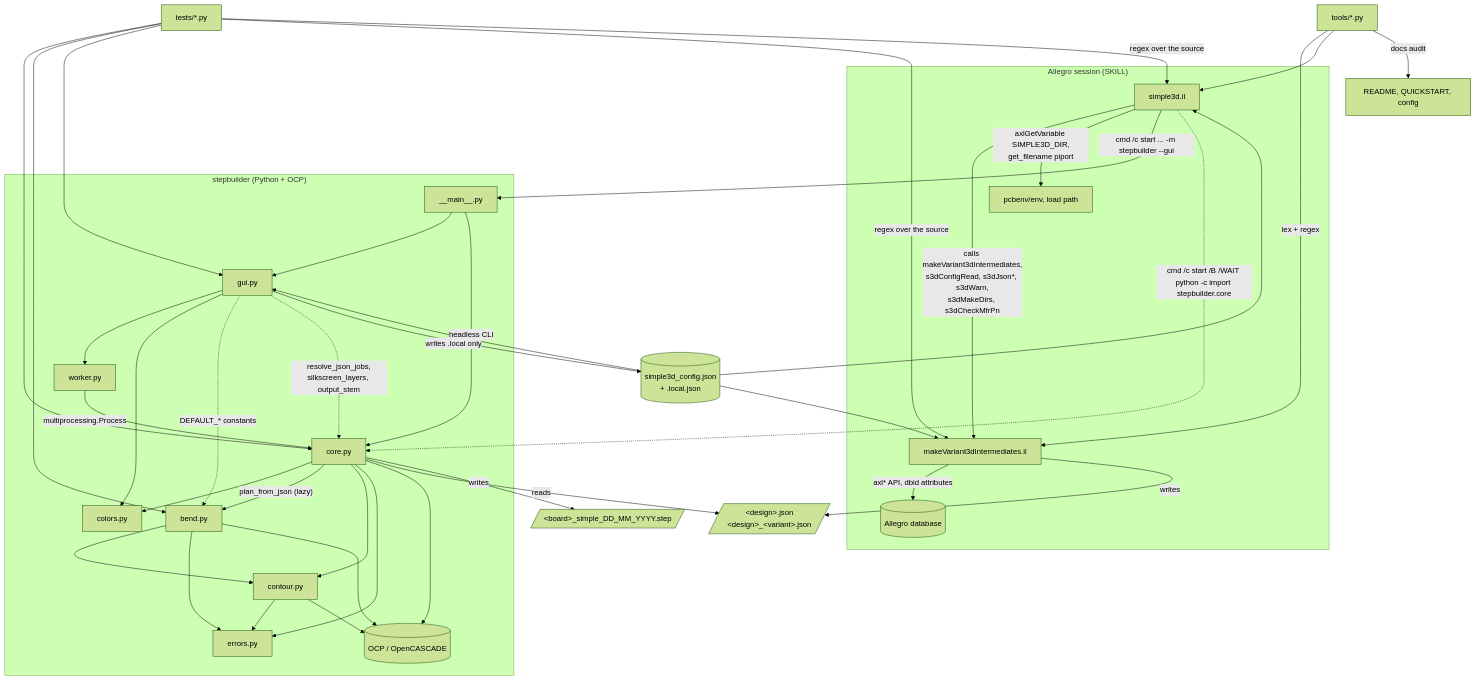
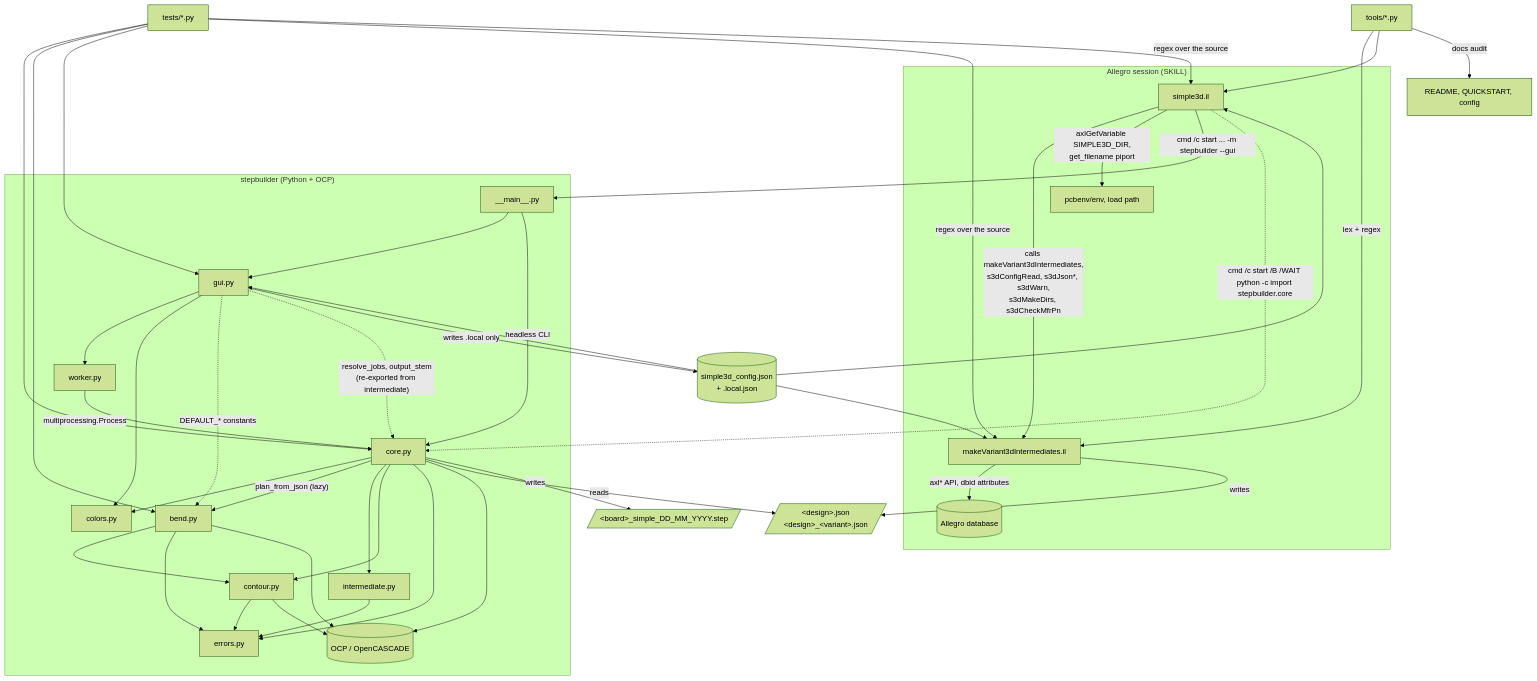
One commit to karlsonrwa/Simple3D changed the first of 2 diagrams in ARCHITECTURE.md. Above: the diagram before and after it, drawn with Mermaid (forest theme). The commit also changed other lines of this file and 10 other files, not shown here.

````diff
--- a/ARCHITECTURE.md
+++ b/ARCHITECTURE.md
@@ -80,48 +81,50 @@
 ```mermaid
 graph TD
     subgraph Allegro["Allegro session (SKILL)"]
         S3D[simple3d.il] -->|"calls makeVariant3dIntermediates,<br/>s3dConfigRead, s3dJson*, s3dWarn,<br/>s3dMakeDirs, s3dCheckMfrPn"| MVI[makeVariant3dIntermediates.il]
         MVI -->|"axl* API, dbid attributes"| DB[(Allegro database)]
         S3D -->|"axlGetVariable SIMPLE3D_DIR,<br/>get_filename piport"| ENV[pcbenv/env, load path]
     end
 
     MVI -->|writes| JSON[/"&lt;design&gt;.json<br/>&lt;design&gt;_&lt;variant&gt;.json"/]
     S3D -->|"cmd /c start ... -m stepbuilder --gui"| MAIN[__main__.py]
     S3D -.->|"cmd /c start /B /WAIT python -c import stepbuilder.core"| CORE
 
     subgraph Python["stepbuilder (Python + OCP)"]
         MAIN --> GUI[gui.py]
         MAIN -->|headless CLI| CORE[core.py]
         GUI --> WORKER[worker.py]
         GUI --> COLORS[colors.py]
         GUI -.->|"DEFAULT_* constants"| BEND[bend.py]
-        GUI -.->|"resolve_json_jobs,<br/>silkscreen_layers, output_stem"| CORE
+        GUI -.->|"resolve_jobs, output_stem<br/>(re-exported from intermediate)"| CORE
         WORKER -->|"multiprocessing.Process"| CORE
         CORE --> COLORS
         CORE -->|"plan_from_json (lazy)"| BEND
+        CORE --> INTER[intermediate.py]
+        INTER --> ERRORS
         CORE --> CONTOUR[contour.py]
         BEND --> CONTOUR
         CONTOUR --> ERRORS[errors.py]
         CORE --> ERRORS
         BEND --> ERRORS
         CONTOUR --> OCP
         CORE --> OCP[(OCP / OpenCASCADE)]
         BEND --> OCP
     end
 
     CORE -->|reads| JSON
     CORE -->|writes| STEP[/"&lt;board&gt;_simple_DD_MM_YYYY.step"/]
     CFG[(simple3d_config.json<br/>+ .local.json)] --> S3D
     CFG --> MVI
     CFG --> GUI
     GUI -->|writes .local only| CFG
 
     TESTS[tests/*.py] --> CORE
     TESTS --> BEND
     TESTS --> GUI
     TESTS -->|"regex over the source"| MVI
     TESTS -->|"regex over the source"| S3D
     TOOLS[tools/*.py] -->|"lex + regex"| MVI
     TOOLS --> S3D
     TOOLS -->|"docs audit"| DOCS[README, QUICKSTART, config]
 ```
````
